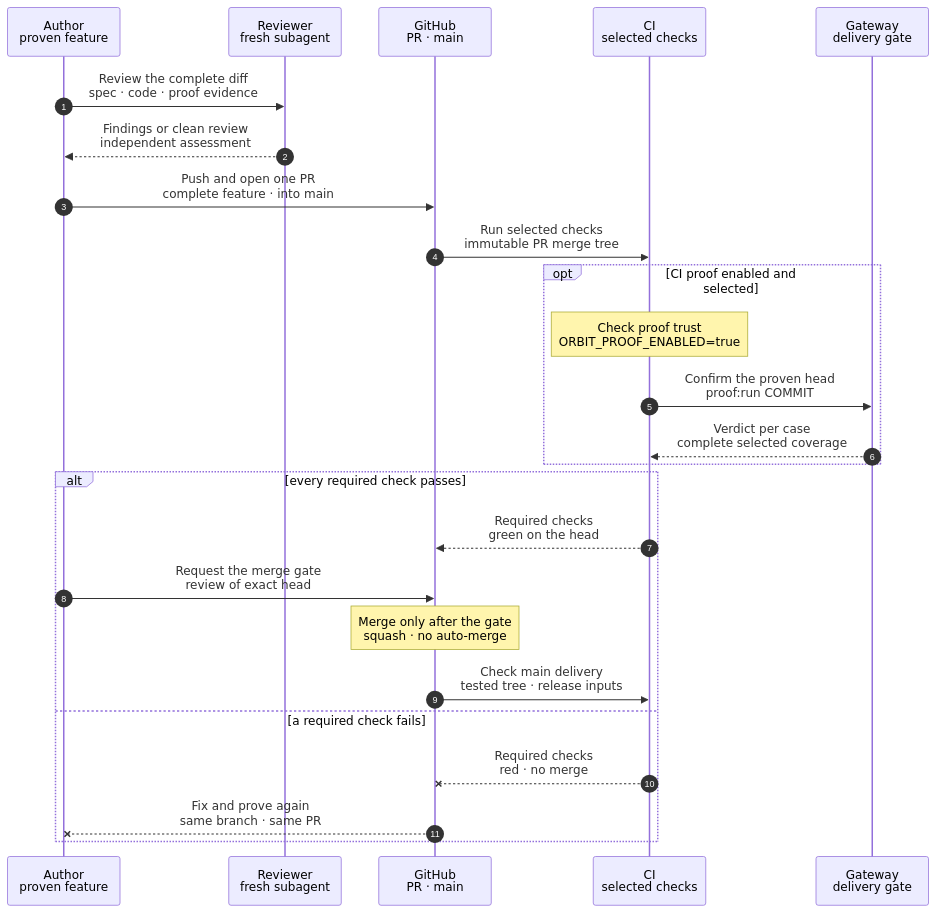
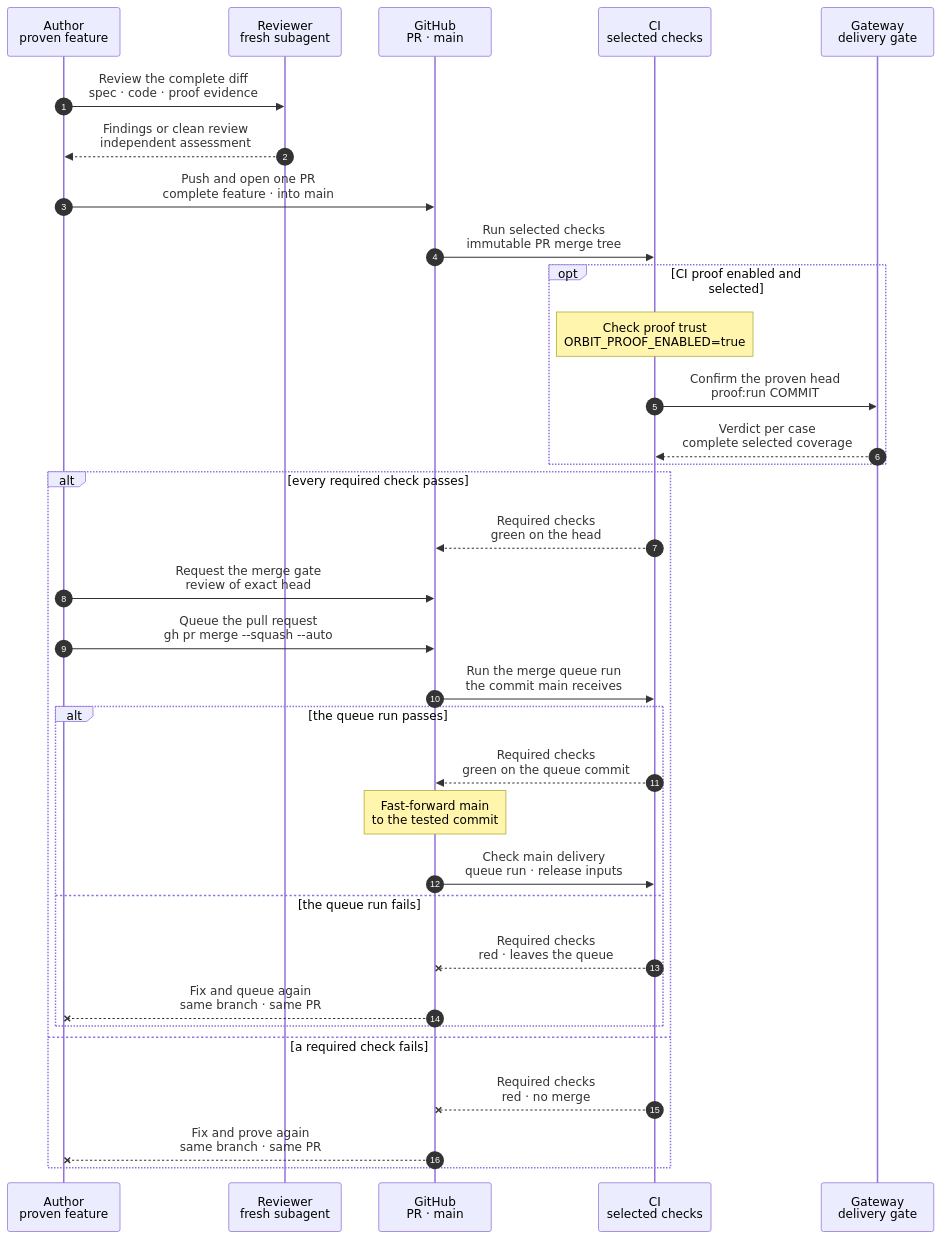
One commit to hardimpactdev/orbit changed the diagram in docs/reference/pipeline/4-pr-and-ci.mmd. Above: the diagram before and after it, drawn with Mermaid. The commit also changed 26 other files, not shown here.

First line of the commit message:
ci: merge through a GitHub merge queue; main delivers the commit the queue tested (ADR 0272)

```diff
--- a/docs/reference/pipeline/4-pr-and-ci.mmd
+++ b/docs/reference/pipeline/4-pr-and-ci.mmd
@@ -1,66 +1,80 @@
 sequenceDiagram
   %% Current workflow and delivery gate: stage 4 of the command development pipeline. Open one PR only after stages 1 to 3 have produced the spec-first branch, working feature and passing end-to-end proof. CI confirms that result. CI proof is deliberately disabled by ORBIT_PROOF_ENABLED until commands have been checked systematically; a green CI result while it is off is not proof coverage.
   %% status: draft
   %% command: development pipeline stage 4 · complete PR, CI and gate
   %% kind: pipeline.4-pr-and-ci
   autonumber
   %% lane AG icon=terminal pill=author tone=gray
   %% lane RV icon=terminal pill=reviewer tone=amber
   %% lane GH icon=server pill=PR tone=purple
   %% lane CI icon=workflow pill=checks tone=green
   %% lane GW icon=gateway pill=intent tone=blue
   participant AG as Author<br/>proven feature
   participant RV as Reviewer<br/>fresh subagent
   participant GH as GitHub<br/>PR · main
   participant CI as CI<br/>selected checks
   participant GW as Gateway<br/>delivery gate
   AG->>RV: Review the complete diff<br/>spec · code · proof evidence
   %%> Requirements:
   %%> - the branch's first commit holds the chart, page and cases; implementation and required end-to-end proof have passed in one task copy with its nested fleet
   %%> - use the plug-in point checklist where applicable; fix findings before opening or updating the PR
   RV-->>AG: Findings or clean review<br/>independent assessment
   AG->>GH: Push and open one PR<br/>complete feature · into main
   %%> Requirements:
   %%> - no draft or ready PR opened before the feature and its proof passed
   %%> - the PR body states the independent review ran, the proof result and any limits; a draft can hold back already-proven work, not replace pre-PR proof
   GH->>CI: Run selected checks<br/>immutable PR merge tree
   %%> What it does:
   %%> - scopes checks by changed inputs; Required checks aggregates every selected required result
+  %%> - the pre-check: it plans the fixture shards and starts none; the merge queue run starts them
   opt CI proof enabled and selected
     Note over CI: Check proof trust<br/>ORBIT_PROOF_ENABLED=true
     %%> When:
     %%> - deliberately off until commands have been checked systematically; this documentation does not enable it
     %%> - when enabled, selection.txt selects commands; outside PRs also need maintainer approval of the exact head and the run-proofs label
     CI->>GW: Confirm the proven head<br/>proof:run COMMIT
     %%> What it does:
     %%> - the trusted CI caller supplies the SHA; proof:run selects cases and uses copies of the proof Project's default container Instance, each with its nested fleet
     %%> - each copy brings in the commit and checks its workspace; assigned batches reset the fleet before the first batch and after a batch that can change it
     %%> - cases and runner are the same as the author's proof; no merge-base replay runs in copies
     %%> - a new push cancels the previous PR proof; each run end requests destruction of its copy
     GW-->>CI: Verdict per case<br/>complete selected coverage
     %%> Result:
     %%> - a selected proof that runs blocks Required checks; failed, unrun, missing or interrupted coverage cannot pass
   end
   alt every required check passes
     CI-->>GH: Required checks<br/>green on the head
     %%> Result:
     %%> - CI confirms an already-proven feature; with CI proof off, green does not establish proof coverage
     AG->>GH: Request the merge gate<br/>review of exact head
     %%> What it does:
     %%> - task-copy publication does not automatically merge; follow the Project's review and merge policy
     %%> - task:pr-merge is unavailable for task copies; its older gate applies only to groups it supports
     %%> - a new head needs affected local checks and proofs, CI and the gate again
-    Note over GH: Merge only after the gate<br/>squash · no auto-merge
+    AG->>GH: Queue the pull request<br/>gh pr merge --squash --auto
     %%> Requirements:
-    %%> - green CI and the authorized review on the exact head; no merge queue and no GitHub auto-merge
-    %%> - publication or a green result alone does not authorize a merge
-    GH->>CI: Check main delivery<br/>tested tree · release inputs
+    %%> - green CI and the authorized review on the exact head; publication or a green result alone does not authorize a merge
+    %%> - no branch update because main moved, and no --match-head-commit
+    GH->>CI: Run the merge queue run<br/>the commit main receives
     %%> What it does:
-    %%> - verifies PR evidence against the landed tree; the PR plan covers changes since a verified main delivery
-    %%> - a red main is fixed forward and never released; stages 5 and 6 confirm and refresh the working result
+    %%> - GitHub builds one squash commit on top of the pull requests ahead; this run adds the selected fixture shards
+    %%> - the plan covers changes since the newest commit that the queue tests or main delivered
+    alt the queue run passes
+      CI-->>GH: Required checks<br/>green on the queue commit
+      Note over GH: Fast-forward main<br/>to the tested commit
+      GH->>CI: Check main delivery<br/>queue run · release inputs
+      %%> What it does:
+      %%> - finds the green queue run on the exact main commit and promotes its web build; it compares no trees
+      %%> - a red main is fixed forward and never released; stages 5 and 6 confirm and refresh the working result
+    else the queue run fails
+      CI--xGH: Required checks<br/>red · leaves the queue
+      GH--xAG: Fix and queue again<br/>same branch · same PR
+      %%> Result:
+      %%> - GitHub rebuilds the commits of the pull requests behind it and tests them again
+    end
   else a required check fails
     CI--xGH: Required checks<br/>red · no merge
     GH--xAG: Fix and prove again<br/>same branch · same PR
     %%> Result:
     %%> - fix failures caused by the change; report unrelated main failures without treating them as a passing check
   end
```
